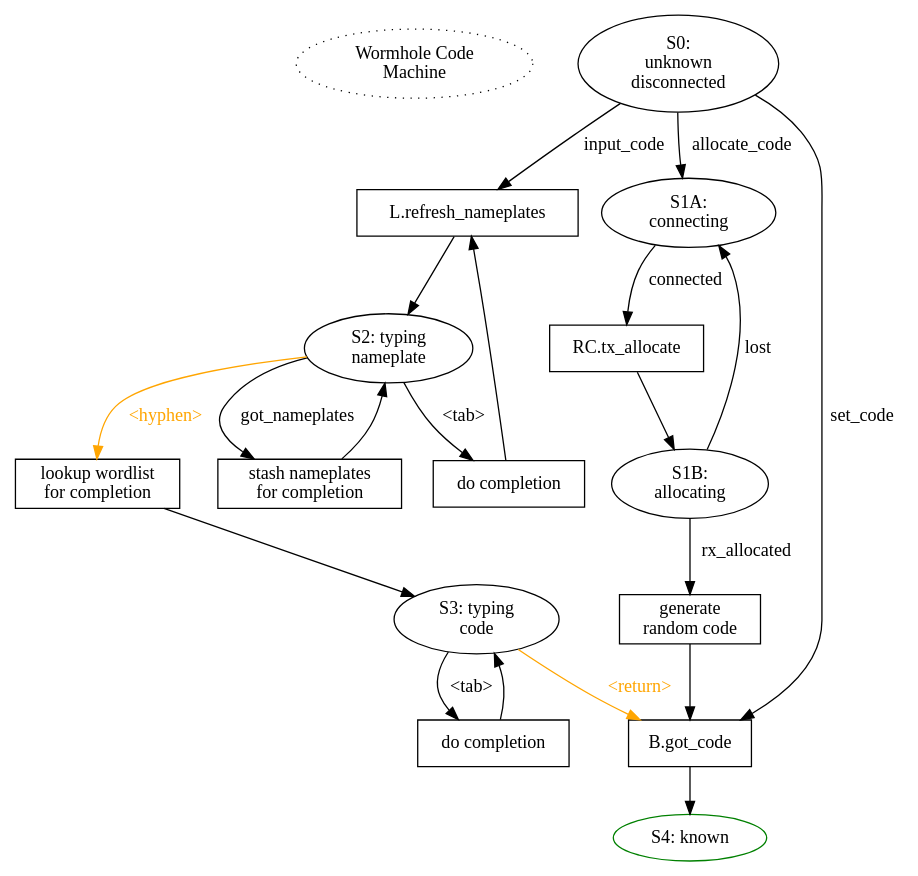
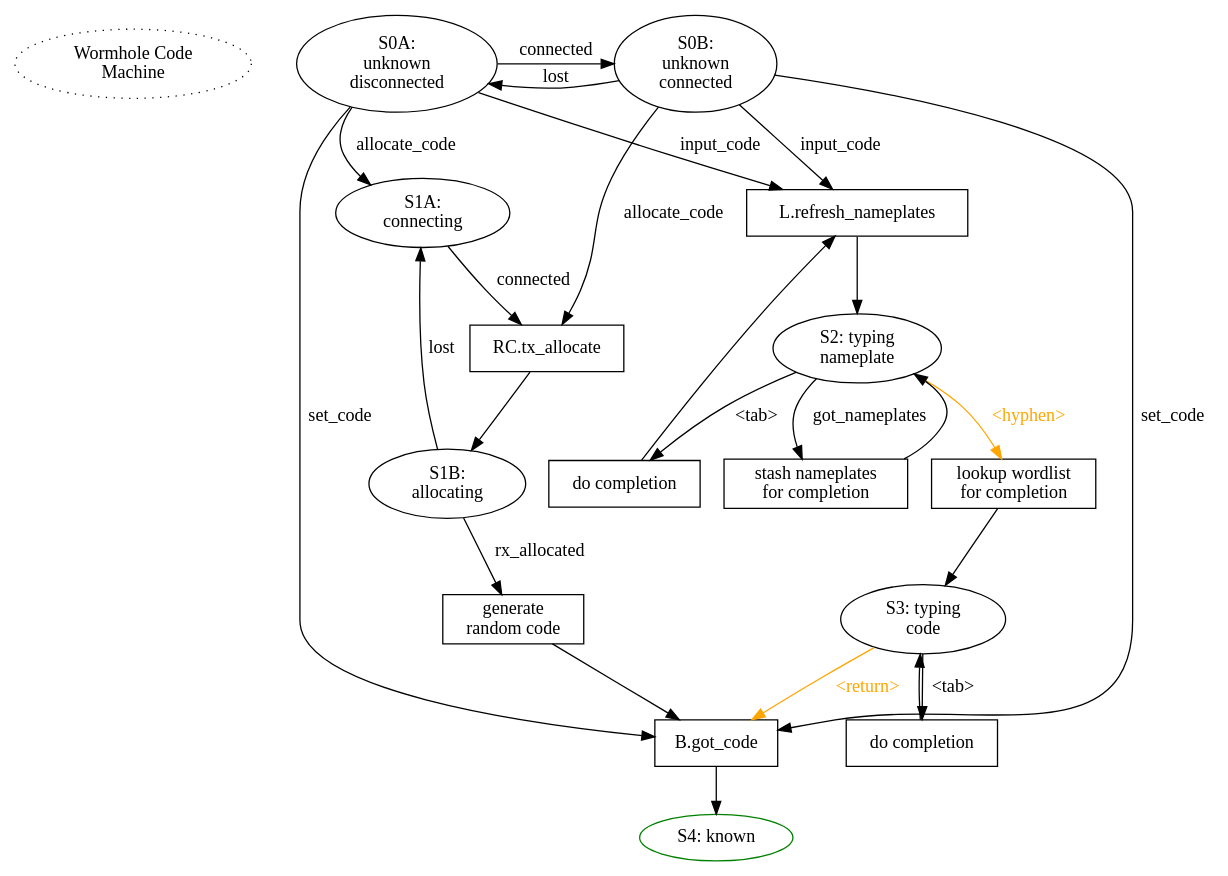
The diagram in docs/state-machines/code.dot (magic-wormhole/magic-wormhole), drawn with Graphviz before and after one commit. The commit also changed 2 other files, not shown here.

Commit message:
Code: handle being connected before being told what to do

```diff
--- a/docs/state-machines/code.dot
+++ b/docs/state-machines/code.dot
@@ -1,46 +1,53 @@
 digraph {
 
         start [label="Wormhole Code\nMachine" style="dotted"]
-        {rank=same; start S0}
-        start -> S0 [style="invis"]
-        S0 [label="S0:\nunknown\ndisconnected"]
-        S0 -> P0_got_code [label="set_code"]
+        {rank=same; start S0A S0B}
+        start -> S0A [style="invis"]
+        S0A [label="S0A:\nunknown\ndisconnected"]
+        S0A -> S0B [label="connected"]
+        S0B -> S0A [label="lost"]
+        S0B [label="S0B:\nunknown\nconnected"]
+        S0A -> P0_got_code [label="set_code"]
+        S0B -> P0_got_code [label="set_code"]
         P0_got_code [shape="box" label="B.got_code"]
         P0_got_code -> S4
         S4 [label="S4: known" color="green"]
 
-        S0 -> P0_list_nameplates [label="input_code"]
+        S0A -> P0_list_nameplates [label="input_code"]
+        S0B -> P0_list_nameplates [label="input_code"]
         S2 [label="S2: typing\nnameplate"]
 
         S2 -> P2_completion [label="<tab>"]
         P2_completion [shape="box" label="do completion"]
         P2_completion -> P0_list_nameplates
         P0_list_nameplates [shape="box" label="L.refresh_nameplates"]
         P0_list_nameplates -> S2
 
         S2 -> P2_got_nameplates [label="got_nameplates"]
         P2_got_nameplates [shape="box" label="stash nameplates\nfor completion"]
         P2_got_nameplates -> S2
         S2 -> P2_finish [label="<hyphen>" color="orange" fontcolor="orange"]
         P2_finish [shape="box" label="lookup wordlist\nfor completion"]
         P2_finish -> S3
         S3 [label="S3: typing\ncode"]
         S3 -> P3_completion [label="<tab>"]
         P3_completion [shape="box" label="do completion"]
         P3_completion -> S3
 
         S3 -> P0_got_code [label="<return>"
                            color="orange" fontcolor="orange"]
 
-        S0 -> S1A [label="allocate_code"]
+        S0A -> S1A [label="allocate_code"]
         S1A [label="S1A:\nconnecting"]
         S1A -> P1_allocate [label="connected"]
         P1_allocate [shape="box" label="RC.tx_allocate"]
         P1_allocate -> S1B
         S1B [label="S1B:\nallocating"]
         S1B -> P1_generate [label="rx_allocated"]
         S1B -> S1A [label="lost"]
         P1_generate [shape="box" label="generate\nrandom code"]
         P1_generate -> P0_got_code
+
+        S0B -> P1_allocate [label="allocate_code"]
         
 }
```
